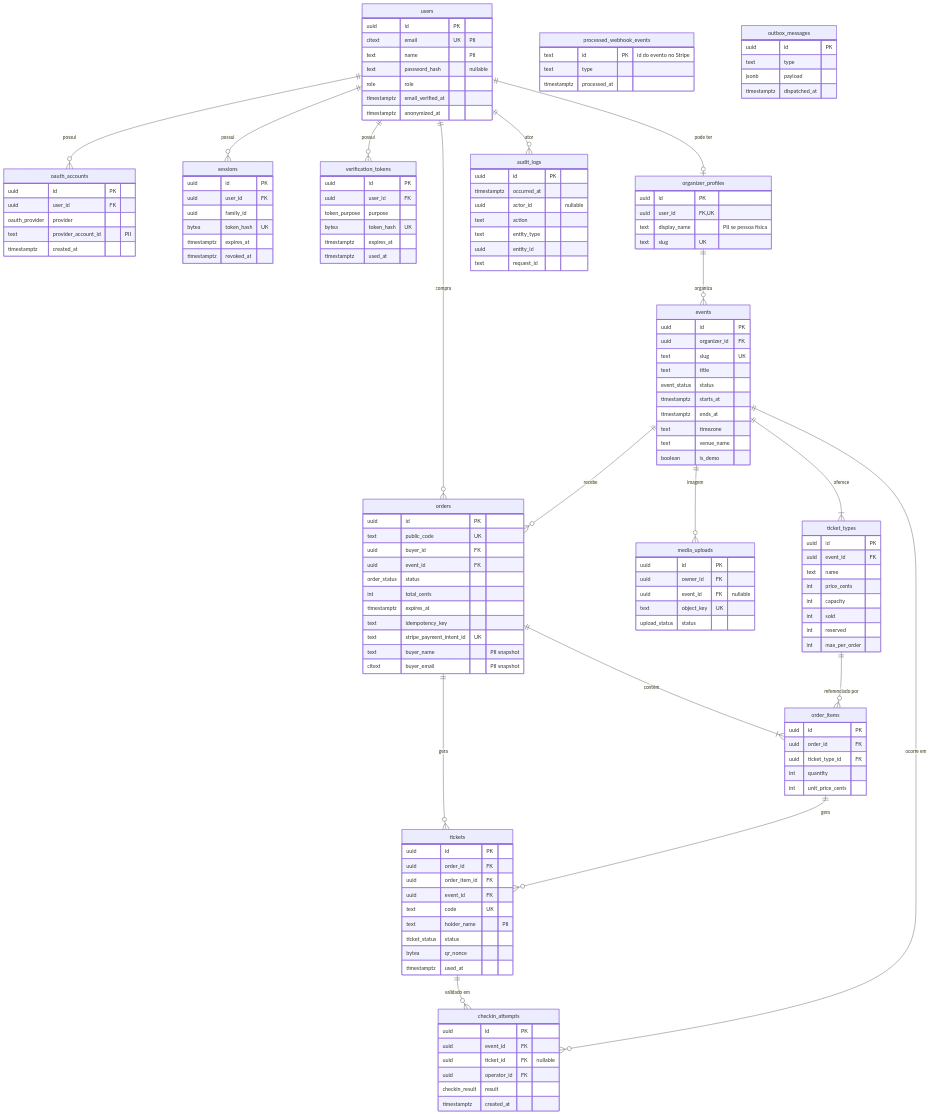
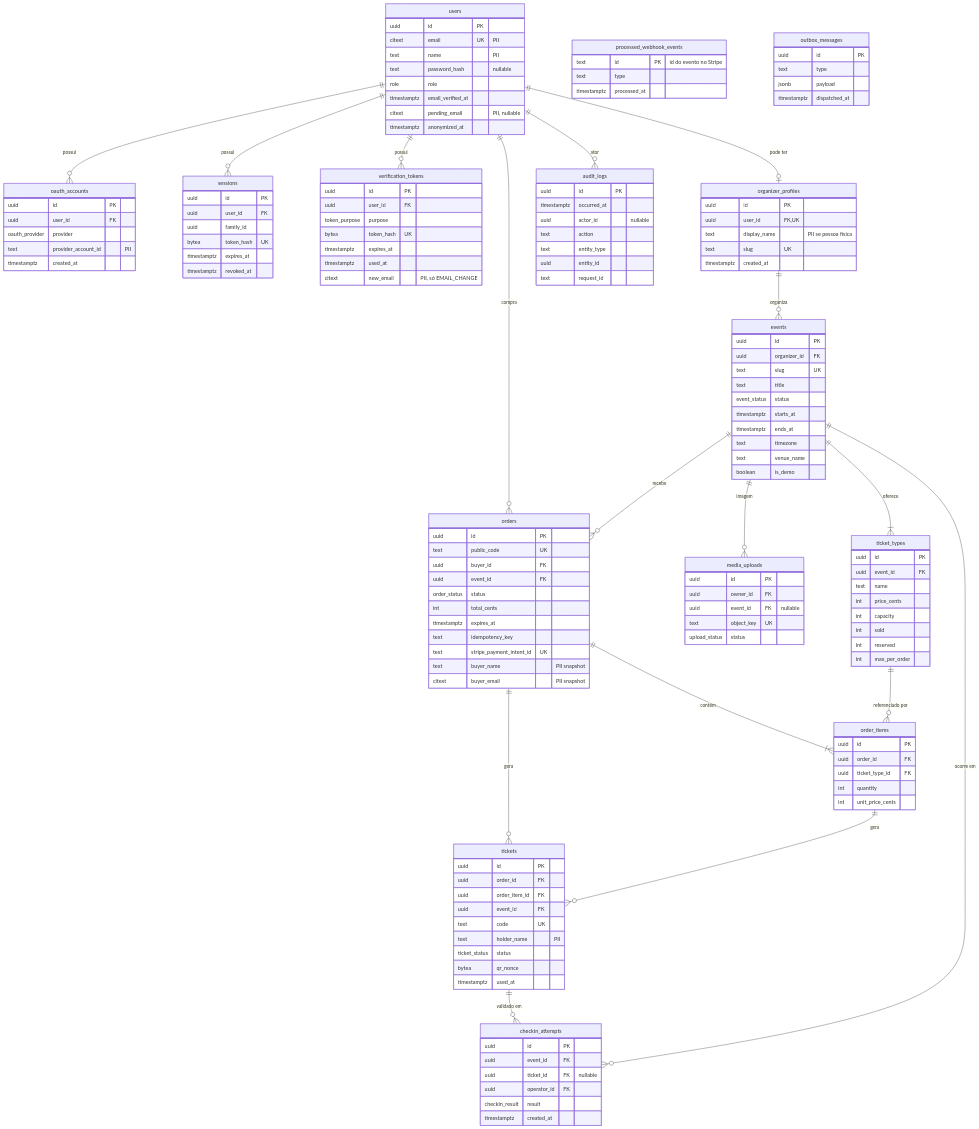
The first of 4 diagrams in docs/DATA_MODEL.md (joaomenkdev-cloud/vira), drawn with Mermaid before and after one commit. The commit also changed other lines of this file and 6 other files, not shown here.

```diff
--- a/docs/DATA_MODEL.md
+++ b/docs/DATA_MODEL.md
@@ -40,6 +40,7 @@
         text password_hash "nullable"
         role role
         timestamptz email_verified_at
+        citext pending_email "PII, nullable"
         timestamptz anonymized_at
     }
     oauth_accounts {
@@ -64,12 +65,14 @@
         bytea token_hash UK
         timestamptz expires_at
         timestamptz used_at
+        citext new_email "PII, só EMAIL_CHANGE"
     }
     organizer_profiles {
         uuid id PK
         uuid user_id FK,UK
         text display_name "PII se pessoa física"
         text slug UK
+        timestamptz created_at
     }
     events {
         uuid id PK
```
